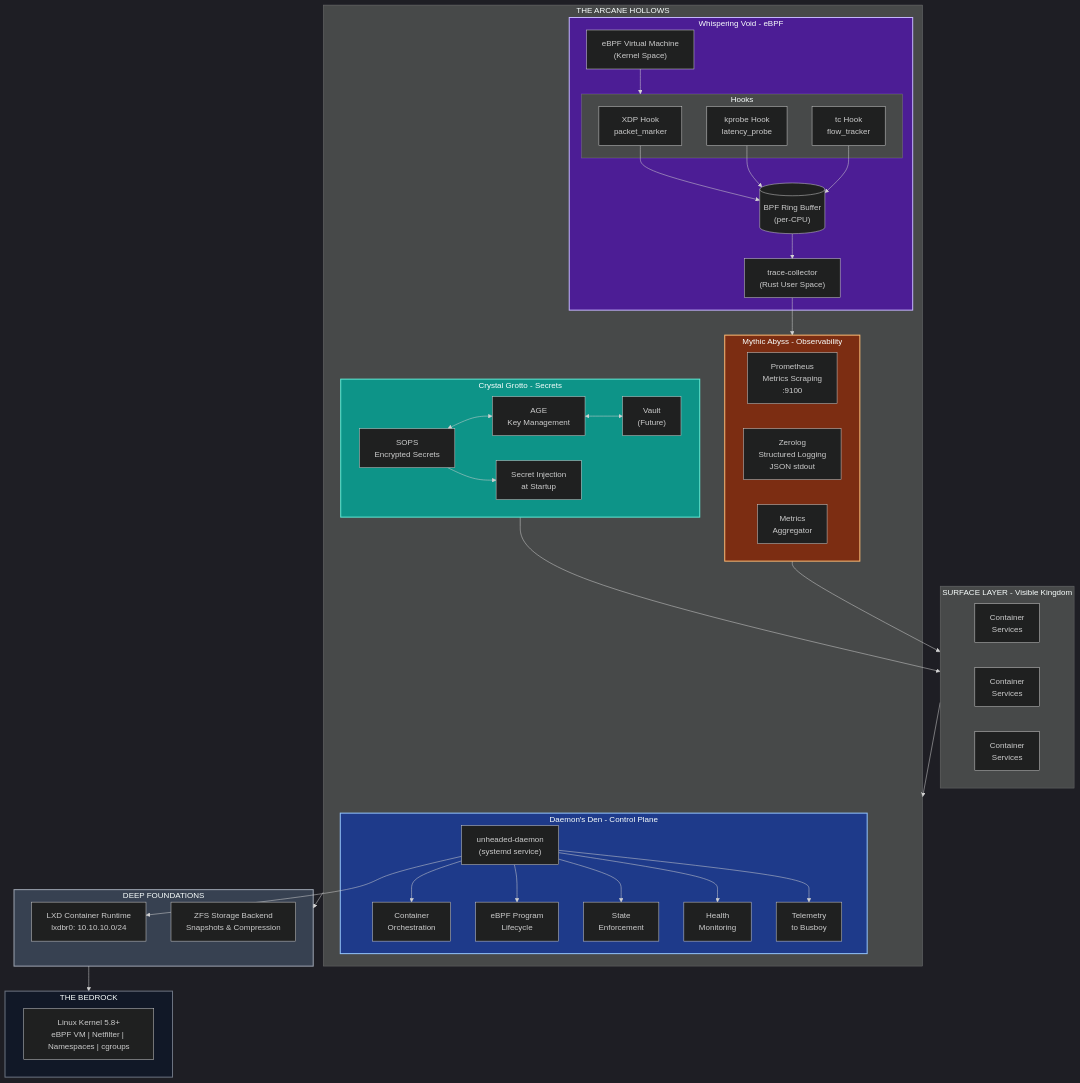
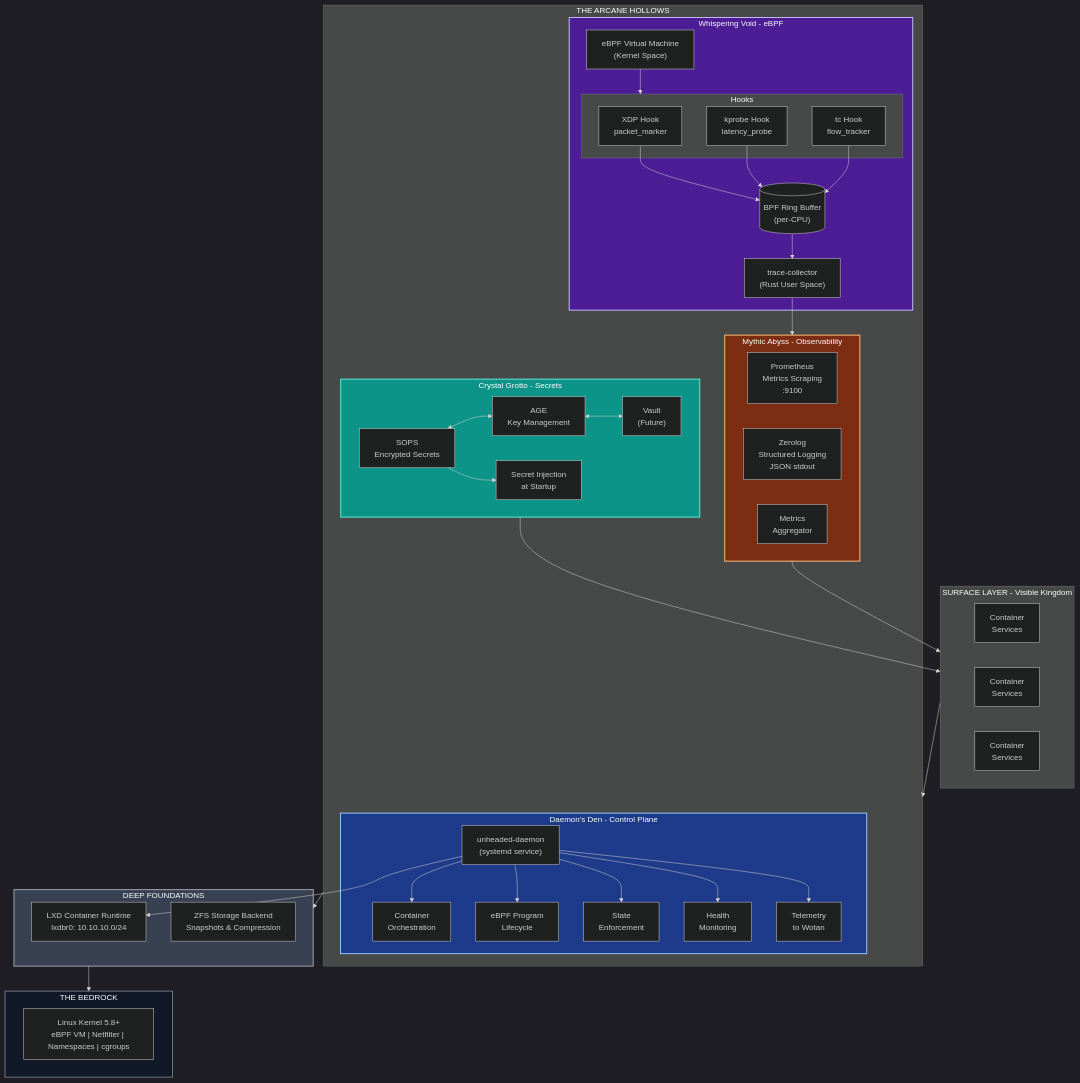
Before and after one commit to unheaded/unheaded: the third of 6 diagrams in docs/KINGDOM_ARCHITECTURE.md, drawn with Mermaid. The commit also changed other lines of this file and 208 other files, not shown here.

First line of the commit message:
refactor: busboy → wotan content replacement across all existing files

```diff
--- a/docs/KINGDOM_ARCHITECTURE.md
+++ b/docs/KINGDOM_ARCHITECTURE.md
@@ -580,7 +580,7 @@
             BPF["eBPF Program<br/>Lifecycle"]
             STATE["State<br/>Enforcement"]
             HEALTH["Health<br/>Monitoring"]
-            TEL["Telemetry<br/>to Busboy"]
+            TEL["Telemetry<br/>to Wotan"]
 
             DAEMON --> ORCH
             DAEMON --> BPF
```
